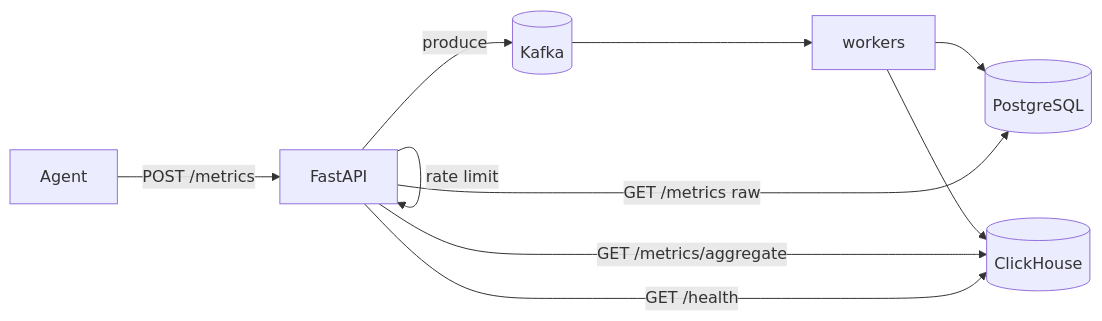
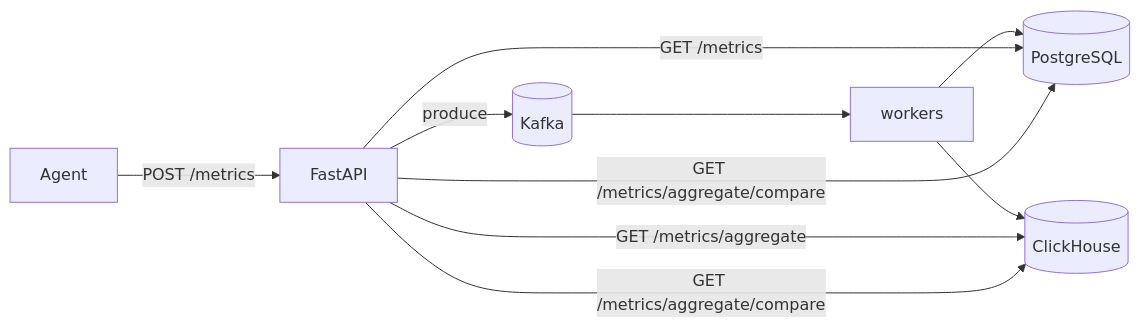
Before and after one commit to jayakrishnan98/InsightNode: the diagram in docs/phase-3-architecture.md, drawn with Mermaid. The commit also changed other lines of this file and 5 other files, not shown here.

````diff
--- a/docs/phase-3-architecture.md
+++ b/docs/phase-3-architecture.md
@@ -18,12 +18,12 @@
 ```mermaid
 flowchart LR
   Agent -->|POST /metrics| API[FastAPI]
-  API -->|rate limit| API
   API -->|produce| K[(Kafka)]
   K --> W[workers]
   W --> PG[(PostgreSQL)]
   W --> CH[(ClickHouse)]
-  API -->|GET /metrics raw| PG
+  API -->|GET /metrics| PG
   API -->|GET /metrics/aggregate| CH
-  API -->|GET /health| CH
+  API -->|GET /metrics/aggregate/compare| PG
+  API -->|GET /metrics/aggregate/compare| CH
 ```
````
